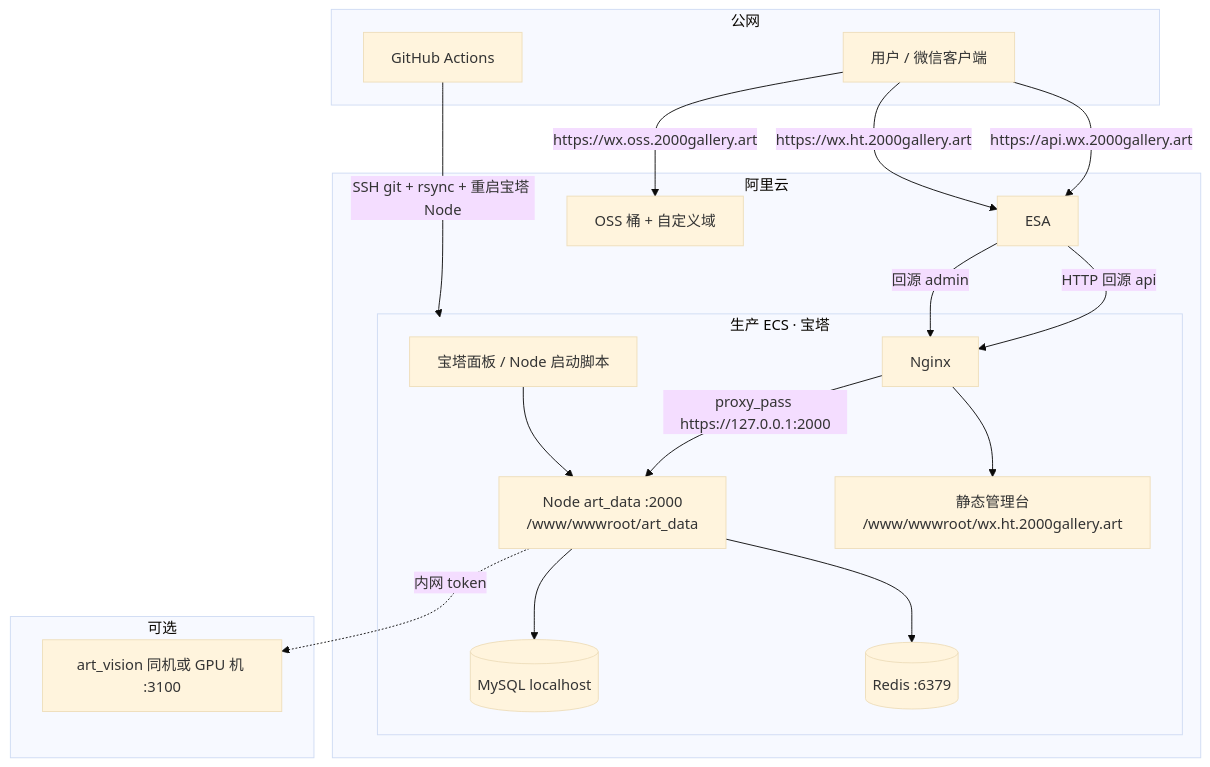
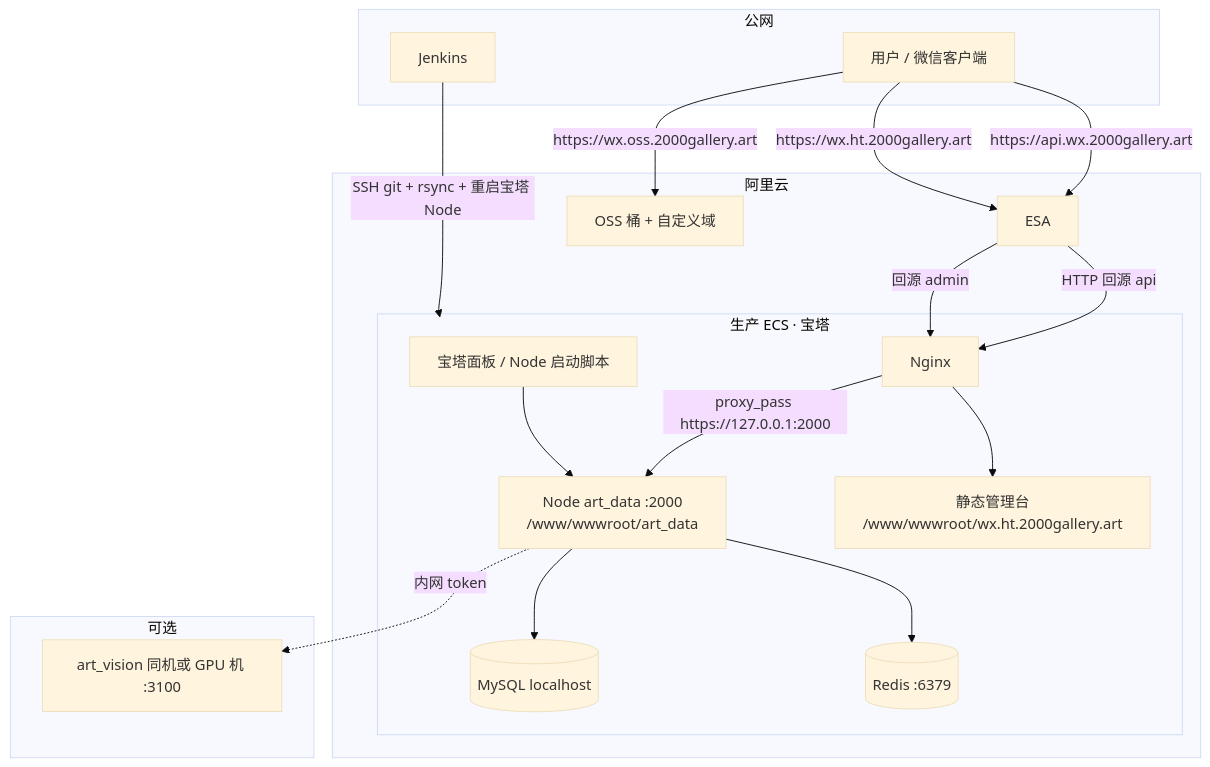
One commit to bei123/art_data changed the second of 2 diagrams in docs/ARCHITECTURE.md. Above: the diagram before and after it, drawn with Mermaid (base theme). The commit also changed other lines of this file and 24 other files, not shown here.

First line of the commit message:
refactor: migrate CI/CD from GitHub Actions to Jenkins

````diff
--- a/docs/ARCHITECTURE.md
+++ b/docs/ARCHITECTURE.md
@@ -75,37 +75,37 @@
 ```mermaid
 flowchart TB
   subgraph Internet[公网]
     User[用户 / 微信客户端]
-    GH[GitHub Actions]
+    JK[Jenkins]
   end
 
   subgraph Aliyun[阿里云]
     ESA2[ESA]
     OSS2[OSS 桶 + 自定义域]
     subgraph ECS[生产 ECS · 宝塔]
       NG[Nginx]
       API[Node art_data :2000\n/www/wwwroot/art_data]
       HT[静态管理台\n/www/wwwroot/wx.ht.2000gallery.art]
       DB[(MySQL localhost)]
       RD[(Redis :6379)]
       BT[宝塔面板 / Node 启动脚本]
     end
   end
 
   subgraph Optional[可选]
     GPU[art_vision 同机或 GPU 机 :3100]
   end
 
   User -->|https://api.wx.2000gallery.art| ESA2
   User -->|https://wx.ht.2000gallery.art| ESA2
   User -->|https://wx.oss.2000gallery.art| OSS2
   ESA2 -->|HTTP 回源 api| NG
   ESA2 -->|回源 admin| NG
   NG -->|proxy_pass https://127.0.0.1:2000| API
   NG --> HT
   API --> DB
   API --> RD
   API -.->|内网 token| GPU
-  GH -->|SSH git + rsync + 重启宝塔 Node| ECS
+  JK -->|SSH git + rsync + 重启宝塔 Node| ECS
   BT --> API
 ```
````
